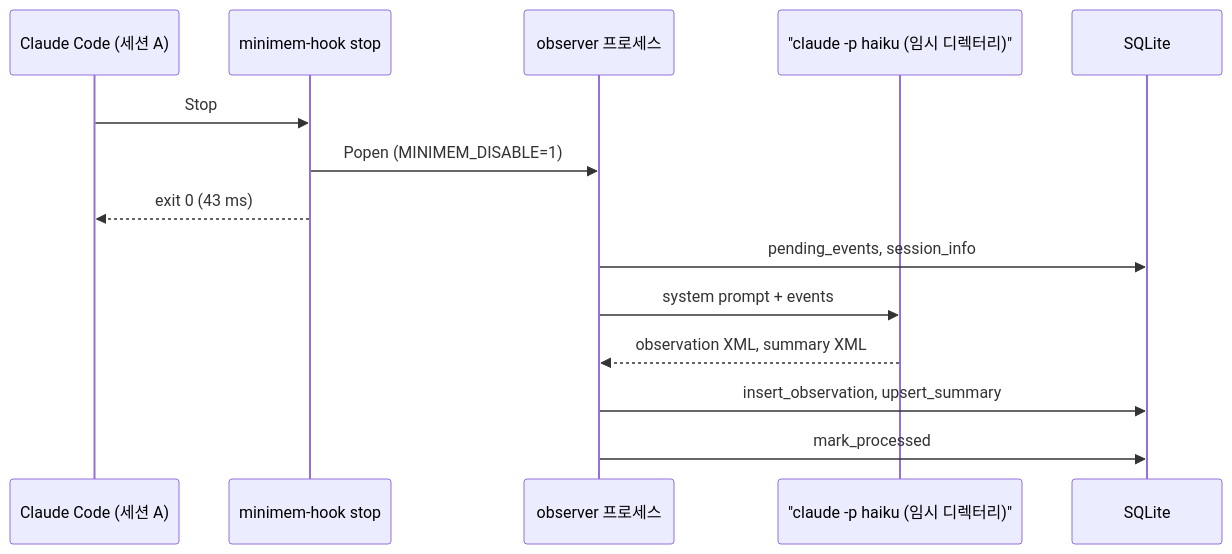
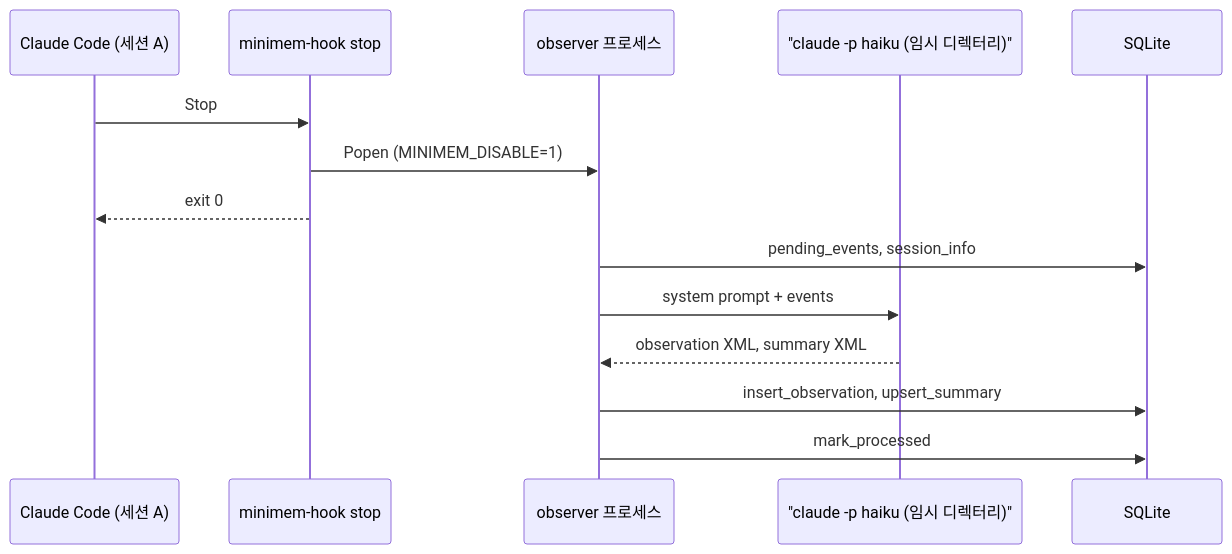
One commit to choisungwook/portfolio changed the diagram in computer_science/ai/claude-mem-agent-memory/docs/3-observer.md. Above: the diagram before and after it, drawn with Mermaid. The commit also changed other lines of this file and 32 other files, not shown here.

Commit message:
docs(claude-mem): explain the memory pipeline with source and diagrams

````diff
--- a/computer_science/ai/claude-mem-agent-memory/docs/3-observer.md
+++ b/computer_science/ai/claude-mem-agent-memory/docs/3-observer.md
@@ -75,16 +100,16 @@
 ```mermaid
 sequenceDiagram
   participant CC as Claude Code (세션 A)
   participant H as minimem-hook stop
   participant O as observer 프로세스
   participant L as "claude -p haiku (임시 디렉터리)"
   participant DB as SQLite
   CC->>H: Stop
   H->>O: Popen (MINIMEM_DISABLE=1)
-  H-->>CC: exit 0 (43 ms)
+  H-->>CC: exit 0
   O->>DB: pending_events, session_info
   O->>L: system prompt + events
   L-->>O: observation XML, summary XML
   O->>DB: insert_observation, upsert_summary
   O->>DB: mark_processed
 ```
````
